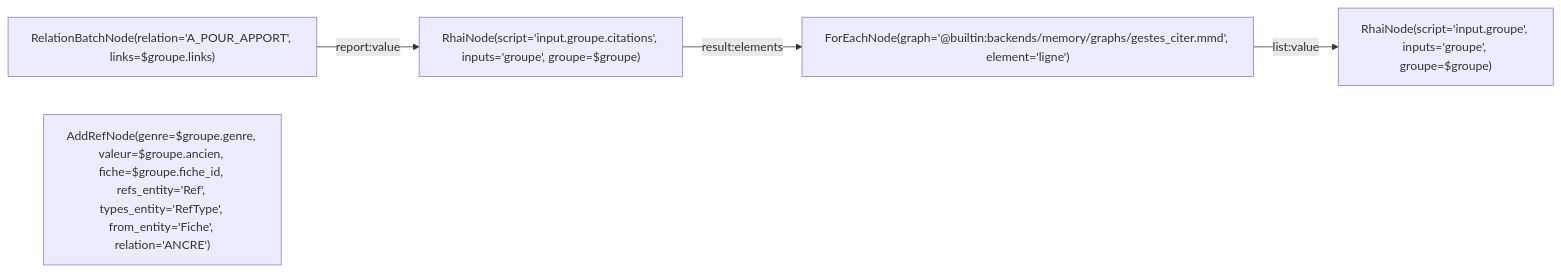
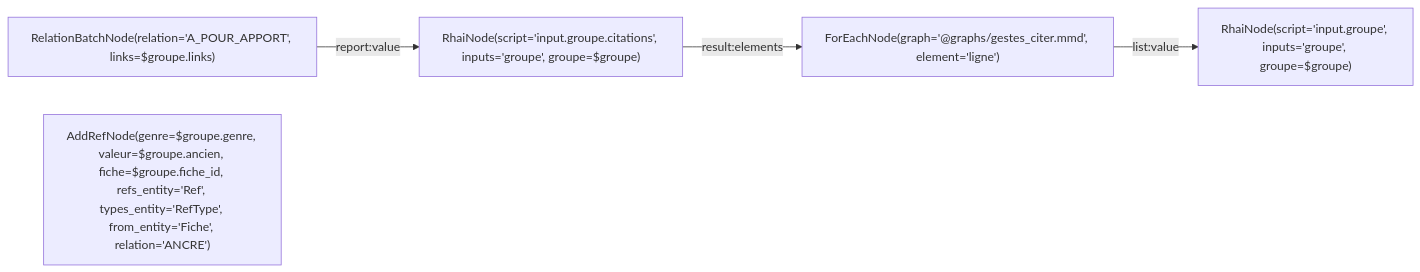
The diagram in extension/rag3weaver/templates/backends/memory/graphs/gestes_relier.mmd (L-Defraiteur/rag3db), drawn with Mermaid before and after one commit. The commit also changed 20 other files, not shown here.

Commit message:
feat(memoire): le gabarit memory cite ses graphes et ses Plans sur disque (@graphs/, @plans/), versés dans le gabarit : une copie éditée change ce que l'appel joue et la version du gabarit ; @builtin: ne reste que pour les outils génériques du moteur (select_structured, search_structured)

```diff
--- a/extension/rag3weaver/templates/backends/memory/graphs/gestes_relier.mmd
+++ b/extension/rag3weaver/templates/backends/memory/graphs/gestes_relier.mmd
@@ -1,14 +1,14 @@
 %% tool: gestes_relier
 %% description: Un groupe d'un geste, ses écritures faites : les copies reliées à leur fiche (A_POUR_APPORT), la fiche ancrée à une Ref de son genre (derived_from ou alias) qui porte l'ancien nom, et chaque copie qui cite l'apport d'origine (derived_from) et sa section (doc). Rend le groupe.
 %% param: groupe json! -- Un groupe du plan, création faite.
 %% result: out.result
 
 graph LR
     link["RelationBatchNode(relation='A_POUR_APPORT', links=$groupe.links)"]
     ancrer["AddRefNode(genre=$groupe.genre, valeur=$groupe.ancien, fiche=$groupe.fiche_id, refs_entity='Ref', types_entity='RefType', from_entity='Fiche', relation='ANCRE')"]
     lc["RhaiNode(script='input.groupe.citations', inputs='groupe', groupe=$groupe)"]
-    citer["ForEachNode(graph='@builtin:backends/memory/graphs/gestes_citer.mmd', element='ligne')"]
+    citer["ForEachNode(graph='@graphs/gestes_citer.mmd', element='ligne')"]
     out["RhaiNode(script='input.groupe', inputs='groupe', groupe=$groupe)"]
     link -->|report:value| lc
     lc -->|result:elements| citer
     citer -->|list:value| out
```
